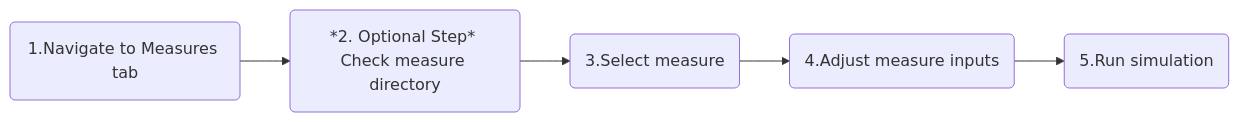
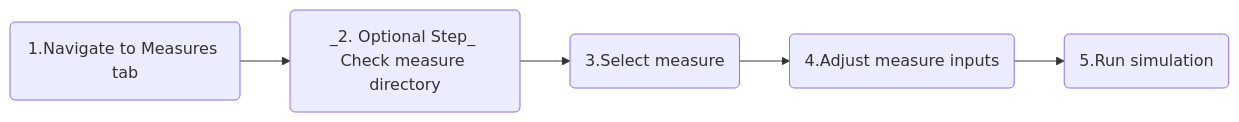
Before and after one commit to pnnl/BEM-for-PRM: the diagram in content/get_start/os_app/how_run_measure.md, drawn with Mermaid. The commit also changed other lines of this file and 7 other files, not shown here.

```diff
--- a/content/get_start/os_app/how_run_measure.md
+++ b/content/get_start/os_app/how_run_measure.md
@@ -24,7 +24,7 @@
- {{<mermaid align="center">}}
+{{<mermaid align="center">}}
 graph LR;
-    A(1.Navigate to Measures tab) --> B(*2. Optional Step* Check measure directory)
-    B --> C(3.Select measure)
-    C --> D(4.Adjust measure inputs)
-    D --> E(5.Run simulation)
-    {{</mermaid>}}
+A(1.Navigate to Measures tab) --> B(_2. Optional Step_ Check measure directory)
+B --> C(3.Select measure)
+C --> D(4.Adjust measure inputs)
+D --> E(5.Run simulation)
+{{</mermaid>}}
```
